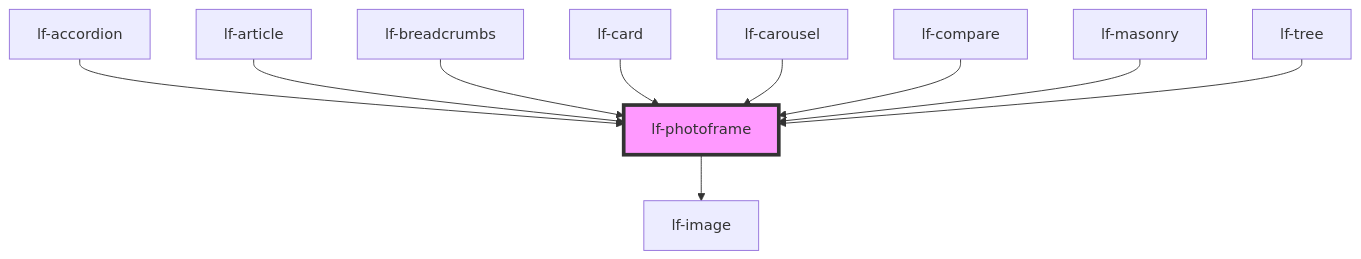
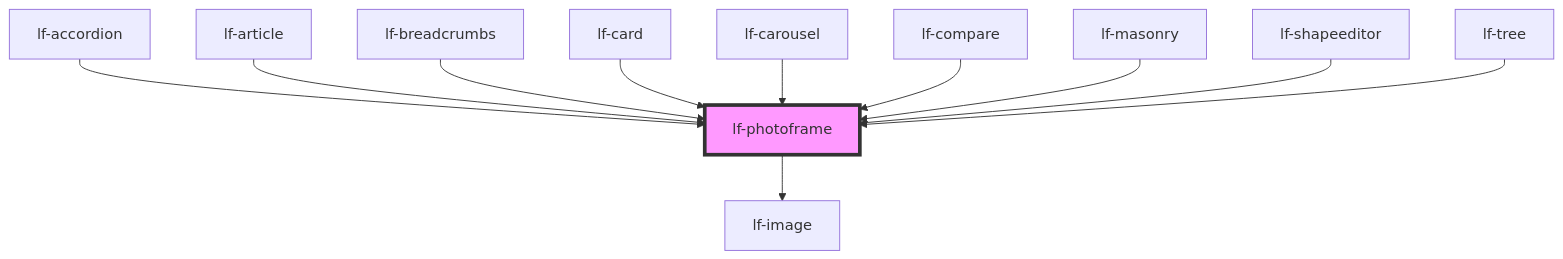
Before and after one commit to lucafoscili/lf-widgets: the diagram in packages/core/src/components/lf-photoframe/readme.md, drawn with Mermaid. The commit also changed other lines of this file and 27 other files, not shown here.

````diff
--- a/packages/core/src/components/lf-photoframe/readme.md
+++ b/packages/core/src/components/lf-photoframe/readme.md
@@ -112,13 +113,14 @@
 ```mermaid
 graph TD;
   lf-photoframe --> lf-image
   lf-accordion --> lf-photoframe
   lf-article --> lf-photoframe
   lf-breadcrumbs --> lf-photoframe
   lf-card --> lf-photoframe
   lf-carousel --> lf-photoframe
   lf-compare --> lf-photoframe
   lf-masonry --> lf-photoframe
+  lf-shapeeditor --> lf-photoframe
   lf-tree --> lf-photoframe
   style lf-photoframe fill:#f9f,stroke:#333,stroke-width:4px
 ```
````
